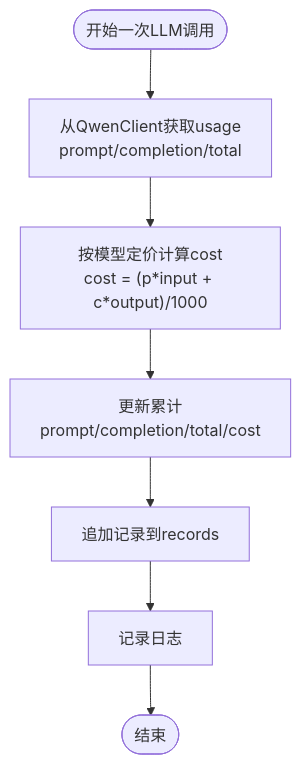
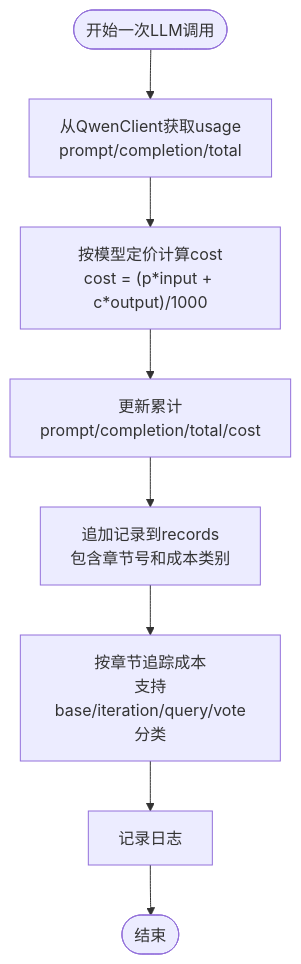
Before and after one commit to xfbyxq/ai-novel-system: the third of 7 diagrams in .qoder/repowiki/zh/content/LLM集成架构/成本追踪系统.md, drawn with Mermaid. The commit also changed other lines of this file and 17 other files, not shown here.

````diff
--- a/.qoder/repowiki/zh/content/LLM集成架构/成本追踪系统.md
+++ b/.qoder/repowiki/zh/content/LLM集成架构/成本追踪系统.md
@@ -187,9 +182,10 @@
 ```mermaid
 flowchart TD
 Start(["开始一次LLM调用"]) --> GetUsage["从QwenClient获取usage<br/>prompt/completion/total"]
 GetUsage --> CalcCost["按模型定价计算cost<br/>cost = (p*input + c*output)/1000"]
 CalcCost --> UpdateStats["更新累计prompt/completion/total/cost"]
-UpdateStats --> AppendRecord["追加记录到records"]
-AppendRecord --> LogInfo["记录日志"]
+UpdateStats --> AppendRecord["追加记录到records<br/>包含章节号和成本类别"]
+AppendRecord --> ChapterTracking["按章节追踪成本<br/>支持base/iteration/query/vote分类"]
+ChapterTracking --> LogInfo["记录日志"]
 LogInfo --> End(["结束"])
 ```
````
